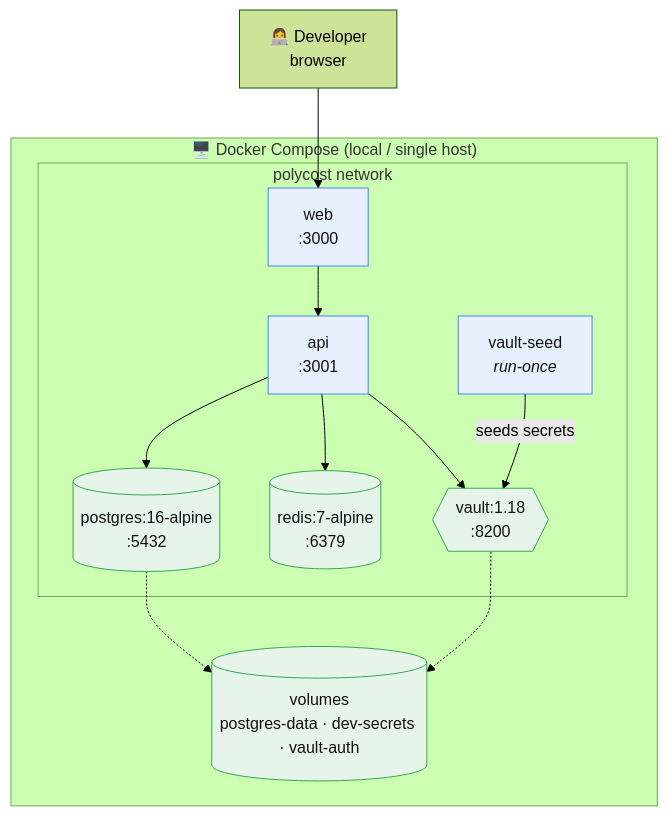
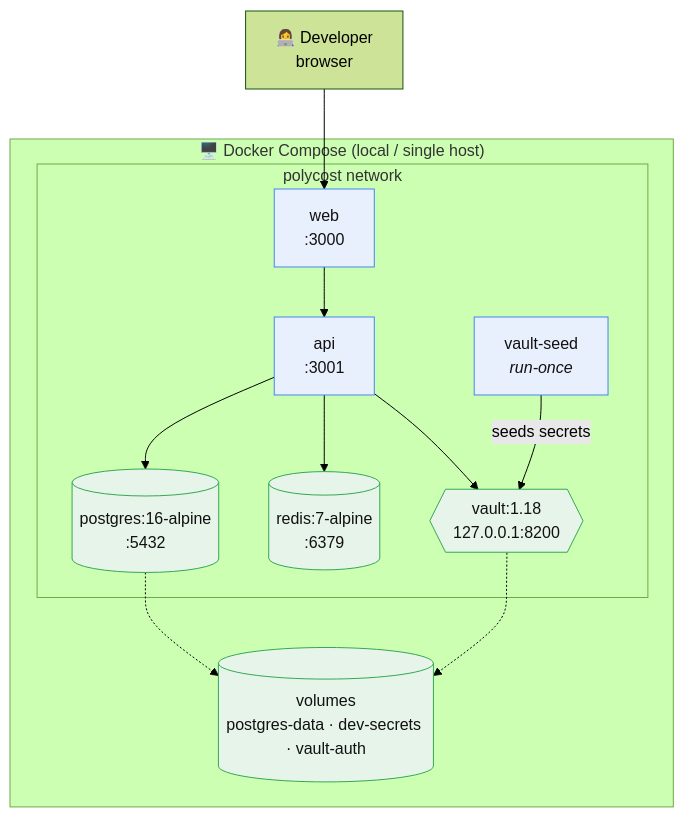
The third of 17 diagrams in docs/DIAGRAMS.md (adeelarshad414/polycost), drawn with Mermaid (forest theme) before and after one commit. The commit also changed other lines of this file and 7 other files, not shown here.

First line of the commit message:
docs: catch up docs and diagrams with audit Phase 0 and Phase 1 changes (#259)

````diff
--- a/docs/DIAGRAMS.md
+++ b/docs/DIAGRAMS.md
@@ -115,24 +115,24 @@
 ```mermaid
 graph TB
     subgraph host["🖥️ Docker Compose (local / single host)"]
         subgraph net["polycost network"]
             W["web<br/>:3000"]
             A["api<br/>:3001"]
             P[("postgres:16-alpine<br/>:5432")]
             R[("redis:7-alpine<br/>:6379")]
-            V{{"vault:1.18<br/>:8200"}}
+            V{{"vault:1.18<br/>127.0.0.1:8200"}}
             VS["vault-seed<br/><i>run-once</i>"]
         end
         VOL[("volumes<br/>postgres-data · dev-secrets · vault-auth")]
     end
     DEV["👩‍💻 Developer<br/>browser"] --> W --> A
     A --> P & R & V
     VS -->|seeds secrets| V
     P -.-> VOL
     V -.-> VOL
 
     classDef svc fill:#e8f0fe,stroke:#4285f4,color:#111
     classDef store fill:#e6f4ea,stroke:#34a853,color:#111
     class W,A,VS svc
     class P,R,V,VOL store
 ```
````
